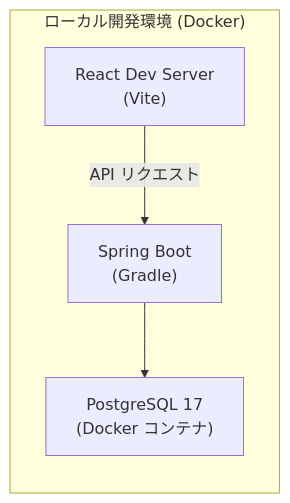
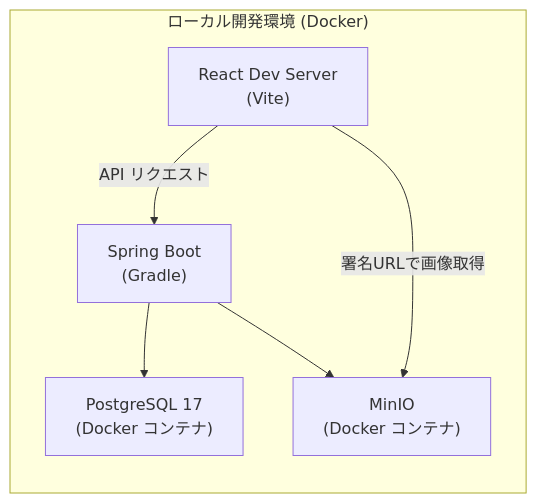
One commit to yamamotonaoki3/RaiseTimeLine changed the third of 3 diagrams in docs/details/system-architecture.md. Above: the diagram before and after it, drawn with Mermaid. The commit also changed other lines of this file and 27 other files, not shown here.

````diff
--- a/docs/details/system-architecture.md
+++ b/docs/details/system-architecture.md
@@ -76,11 +77,14 @@
 ```mermaid
 flowchart LR
     subgraph Local["ローカル開発環境 (Docker)"]
         FE_Dev["React Dev Server\n(Vite)"]
         BE_Dev["Spring Boot\n(Gradle)"]
         DB_Dev["PostgreSQL 17\n(Docker コンテナ)"]
+        MinIO["MinIO\n(Docker コンテナ)"]
     end
 
     FE_Dev -- API リクエスト --> BE_Dev
     BE_Dev --> DB_Dev
+    BE_Dev --> MinIO
+    FE_Dev -- 署名URLで画像取得 --> MinIO
 ```
````
